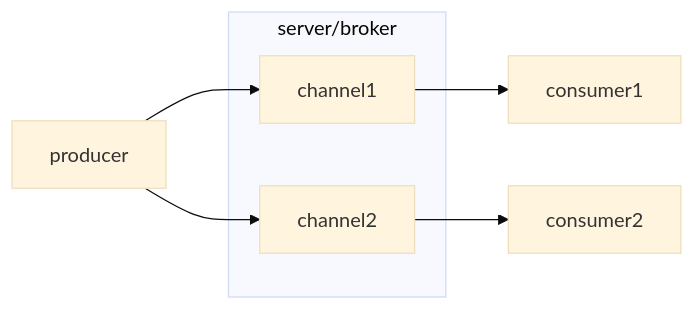
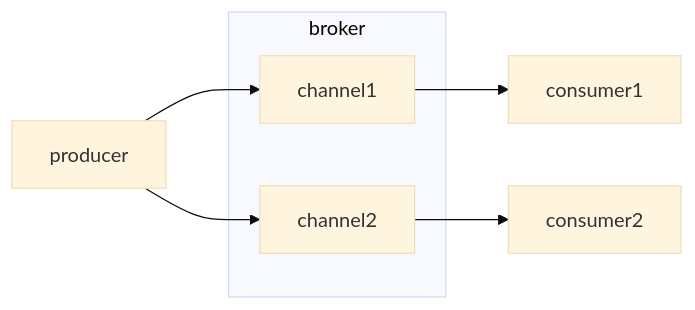
The diagram in pages/docs/concepts/server.md (asyncapi/website), drawn with Mermaid (base theme) before and after one commit.

````diff
--- a/pages/docs/concepts/server.md
+++ b/pages/docs/concepts/server.md
@@ -10,12 +10,12 @@
 ```mermaid
 flowchart LR
     A[producer]
     A --> a1[channel1]
     A --> a2[channel2]
-    subgraph one[server/broker]
+    subgraph one[broker]
     a1
     a2
     end
     a1 --> B[consumer1]
     a2 --> C[consumer2]
 ```
````
